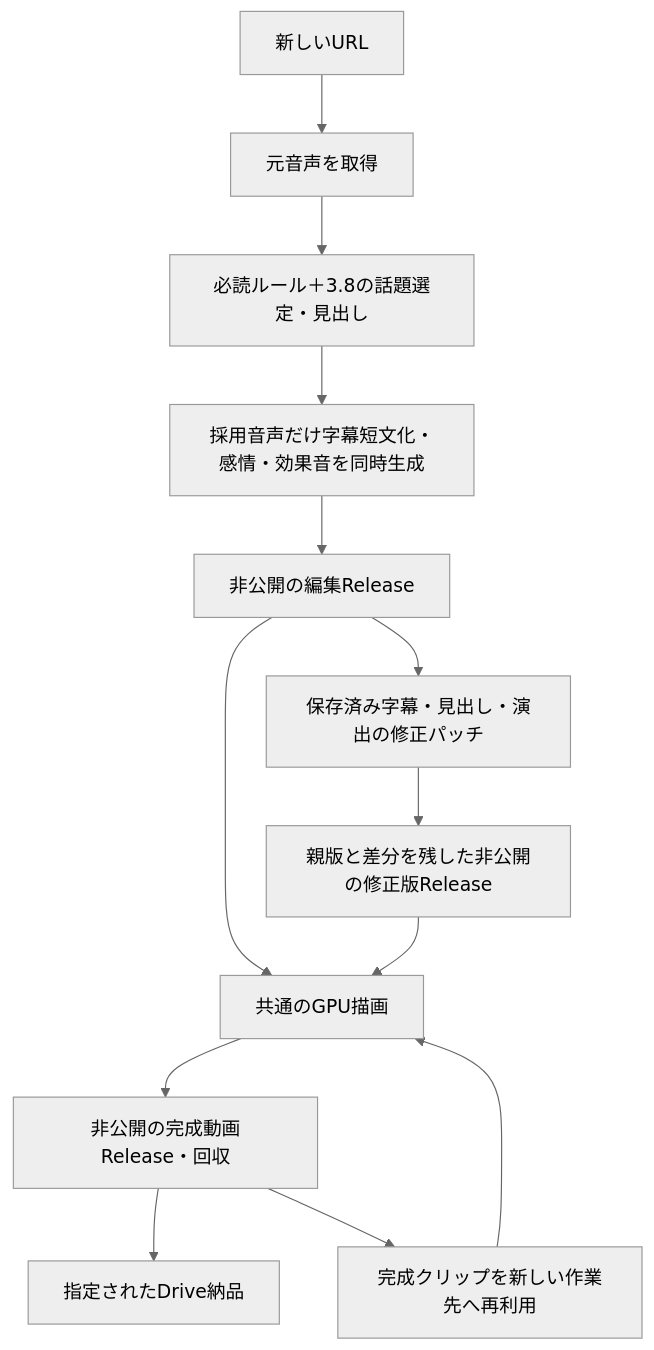
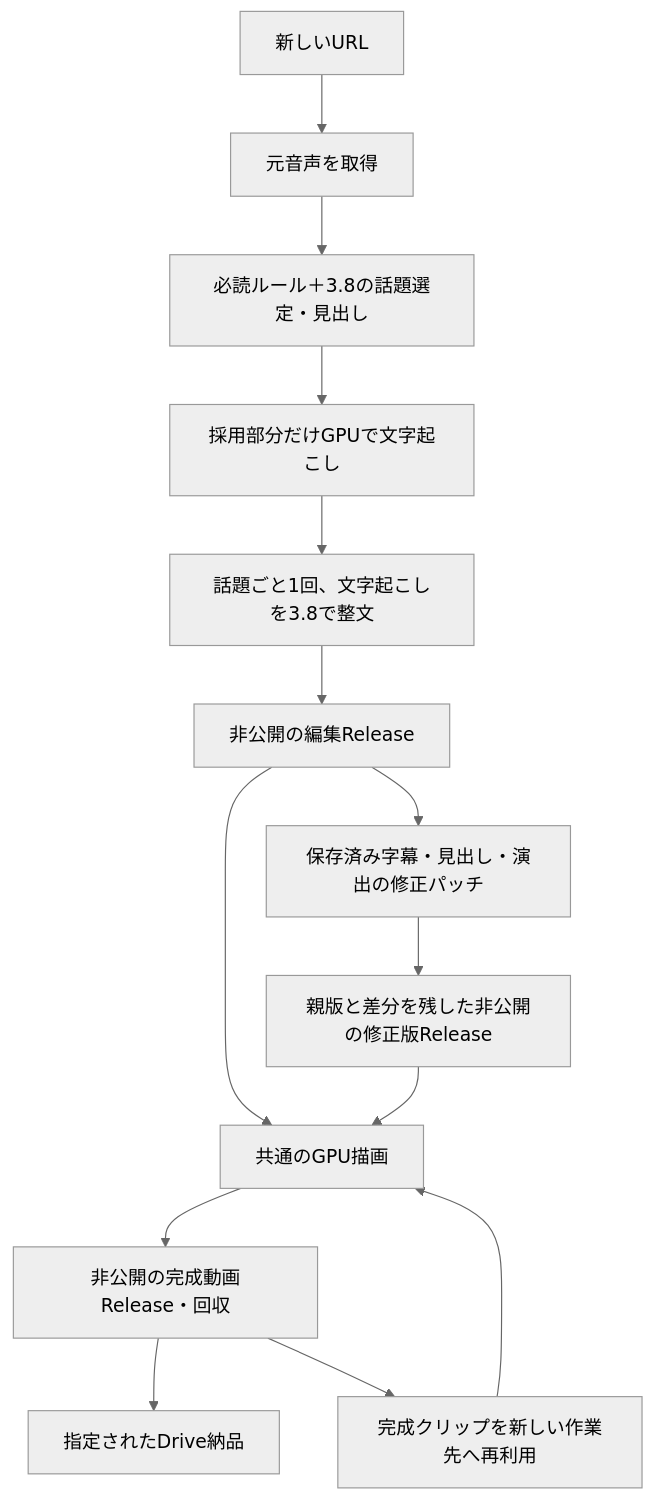
Before and after one commit to nyu1791-collab/ClipForge: the diagram in docs/PRODUCTION_AND_REVISION.md, drawn with Mermaid (neutral theme). The commit also changed other lines of this file and 24 other files, not shown here.

````diff
--- a/docs/PRODUCTION_AND_REVISION.md
+++ b/docs/PRODUCTION_AND_REVISION.md
@@ -7,15 +7,16 @@
 ```mermaid
 flowchart TD
   A[新しいURL] --> B[元音声を取得]
   B --> C[必読ルール＋3.8の話題選定・見出し]
-  C --> D[採用音声だけ字幕短文化・感情・効果音を同時生成]
+  C --> X[採用部分だけGPUで文字起こし]
+  X --> D[話題ごと1回、文字起こしを3.8で整文]
   D --> E[非公開の編集Release]
   E --> F[共通のGPU描画]
   F --> G[非公開の完成動画Release・回収]
   G --> H[指定されたDrive納品]
   E --> I[保存済み字幕・見出し・演出の修正パッチ]
   I --> J[親版と差分を残した非公開の修正版Release]
   J --> F
   G --> K[完成クリップを新しい作業先へ再利用]
   K --> F
 ```
````
